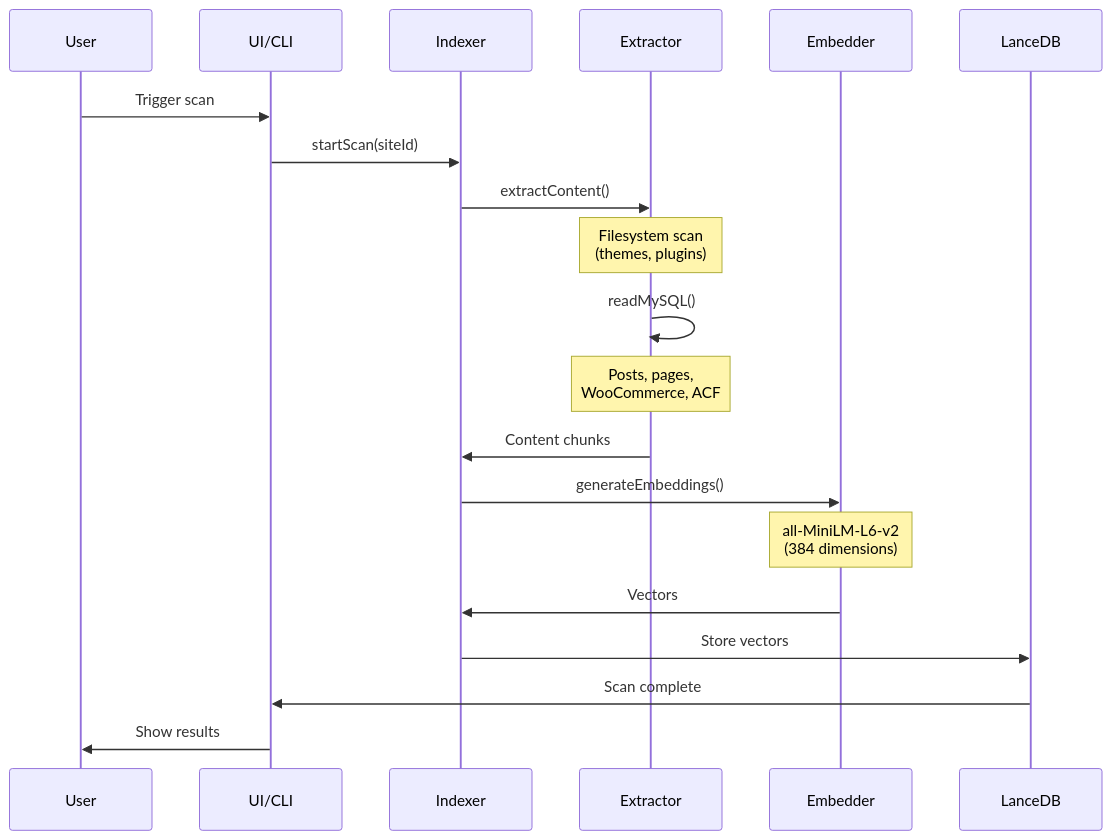
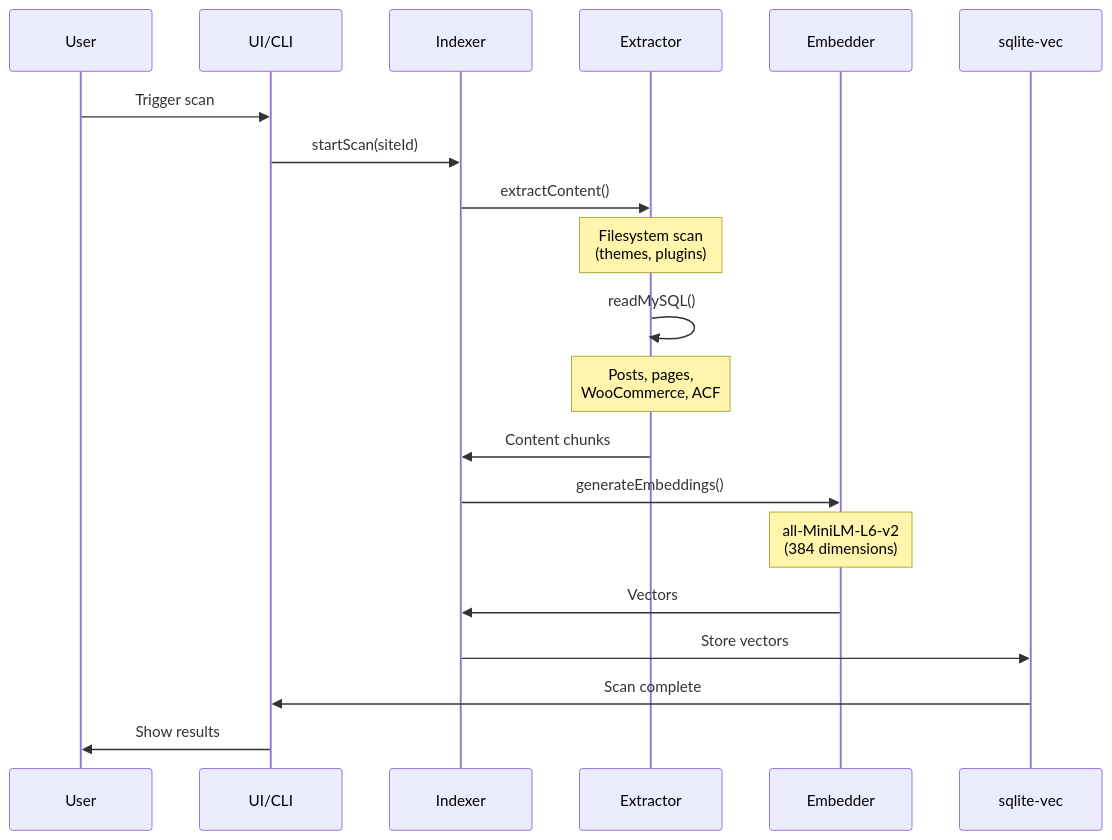
One commit to jpollock/local-addon-nexus-ai changed the third of 6 diagrams in docs-site/docs/architecture/overview.md. Above: the diagram before and after it, drawn with Mermaid. The commit also changed other lines of this file and 37 other files, not shown here.

First line of the commit message:
docs(site): the truth sweep — sqlite-vec everywhere, real counts, real tabs, ui-quick-start rewritten

````diff
--- a/docs-site/docs/architecture/overview.md
+++ b/docs-site/docs/architecture/overview.md
@@ -140,29 +140,29 @@
 ```mermaid
 sequenceDiagram
     participant User
     participant UI/CLI
     participant Indexer
     participant Extractor
     participant Embedder
-    participant LanceDB
+    participant sqlitevec as sqlite-vec
 
     User->>UI/CLI: Trigger scan
     UI/CLI->>Indexer: startScan(siteId)
     Indexer->>Extractor: extractContent()
 
     Note over Extractor: Filesystem scan<br/>(themes, plugins)
 
     Extractor->>Extractor: readMySQL()
 
     Note over Extractor: Posts, pages,<br/>WooCommerce, ACF
 
     Extractor->>Indexer: Content chunks
     Indexer->>Embedder: generateEmbeddings()
 
     Note over Embedder: all-MiniLM-L6-v2<br/>(384 dimensions)
 
     Embedder->>Indexer: Vectors
-    Indexer->>LanceDB: Store vectors
-    LanceDB->>UI/CLI: Scan complete
+    Indexer->>sqlitevec: Store vectors
+    sqlitevec->>UI/CLI: Scan complete
     UI/CLI->>User: Show results
 ```
````
